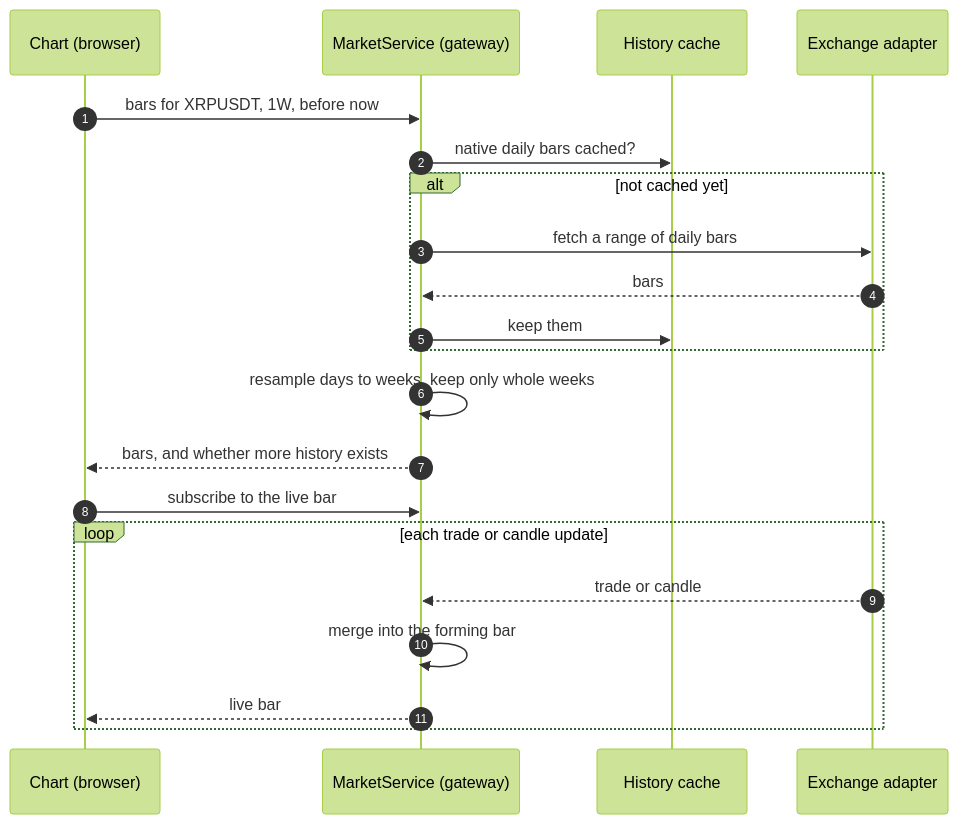
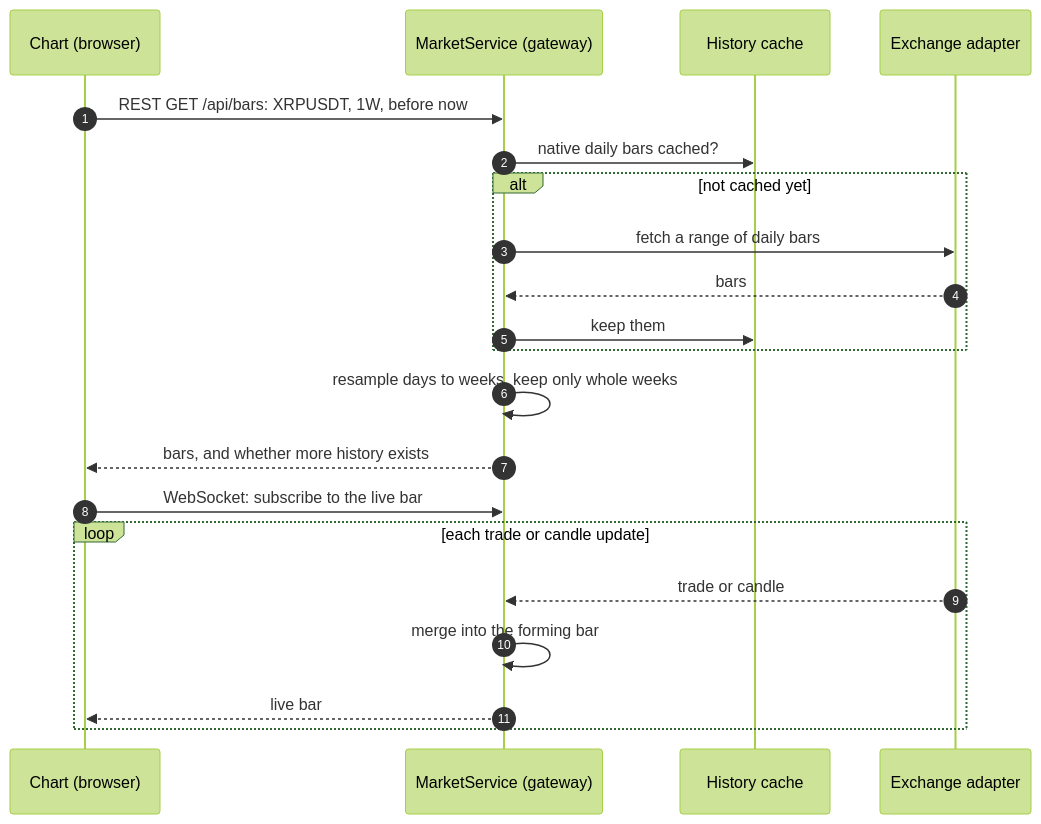
The second of 6 diagrams in README.md (iamdebasis/TradingNERD), drawn with Mermaid (forest theme) before and after one commit. The commit also changed other lines of this file and 5 other files, not shown here.

````diff
--- a/README.md
+++ b/README.md
@@ -91,23 +91,23 @@
 ```mermaid
 sequenceDiagram
   autonumber
   participant UI as Chart (browser)
   participant MS as MarketService (gateway)
   participant C as History cache
   participant EX as Exchange adapter
-  UI->>MS: bars for XRPUSDT, 1W, before now
+  UI->>MS: REST GET /api/bars: XRPUSDT, 1W, before now
   MS->>C: native daily bars cached?
   alt not cached yet
     MS->>EX: fetch a range of daily bars
     EX-->>MS: bars
     MS->>C: keep them
   end
   MS->>MS: resample days to weeks, keep only whole weeks
   MS-->>UI: bars, and whether more history exists
-  UI->>MS: subscribe to the live bar
+  UI->>MS: WebSocket: subscribe to the live bar
   loop each trade or candle update
     EX-->>MS: trade or candle
     MS->>MS: merge into the forming bar
     MS-->>UI: live bar
   end
 ```
````
